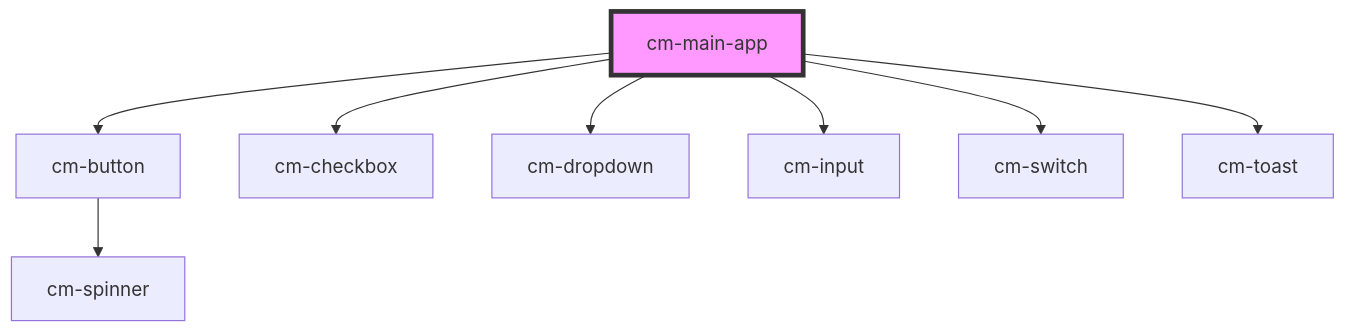
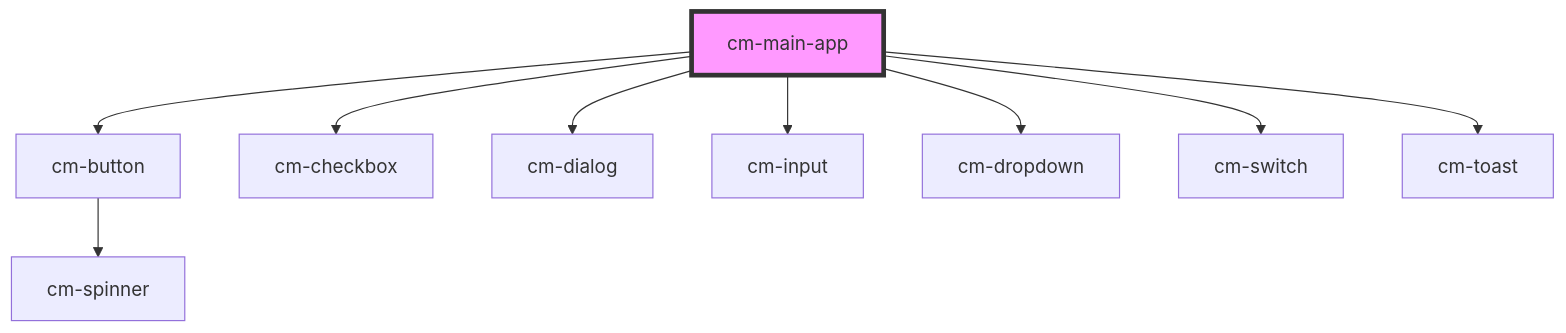
One commit to David1Chowaifaty/stencil-webcmp changed the diagram in src/components/cm-main-app/readme.md. Above: the diagram before and after it, drawn with Mermaid. The commit also changed other lines of this file and 1 other file, not shown here.

````diff
--- a/src/components/cm-main-app/readme.md
+++ b/src/components/cm-main-app/readme.md
@@ -27,11 +29,12 @@
 ```mermaid
 graph TD;
   cm-main-app --> cm-button
   cm-main-app --> cm-checkbox
+  cm-main-app --> cm-dialog
+  cm-main-app --> cm-input
   cm-main-app --> cm-dropdown
-  cm-main-app --> cm-input
   cm-main-app --> cm-switch
   cm-main-app --> cm-toast
   cm-button --> cm-spinner
   style cm-main-app fill:#f9f,stroke:#333,stroke-width:4px
 ```
````
